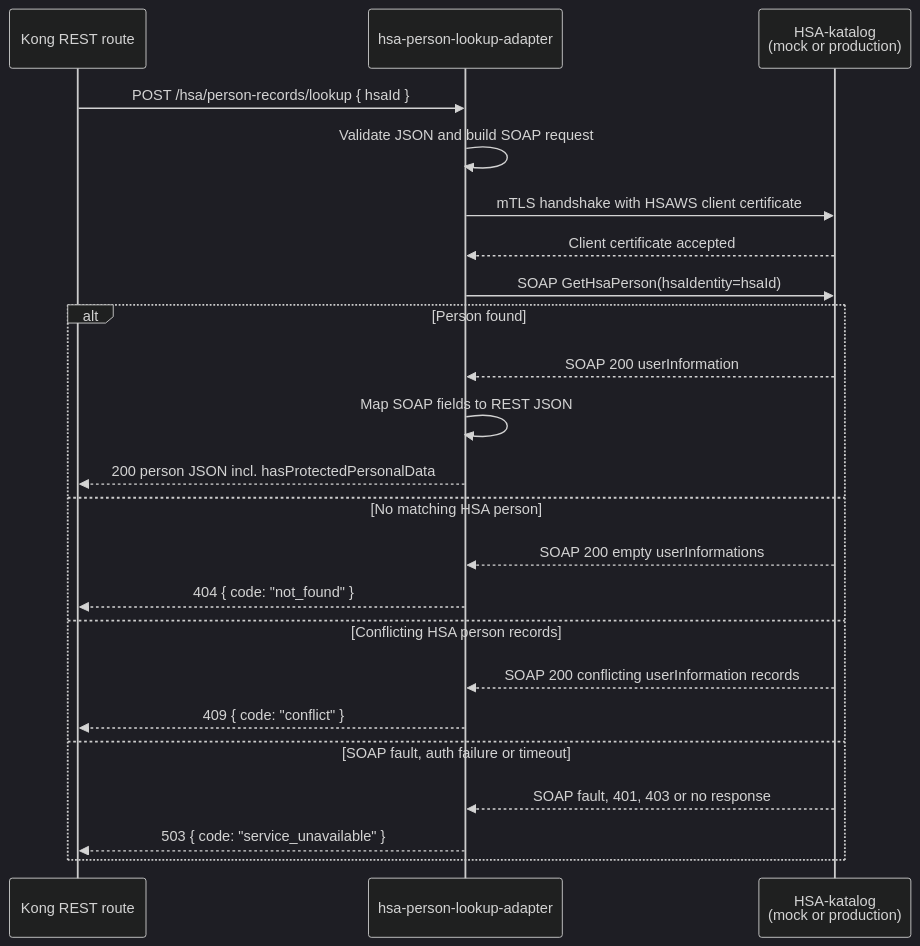
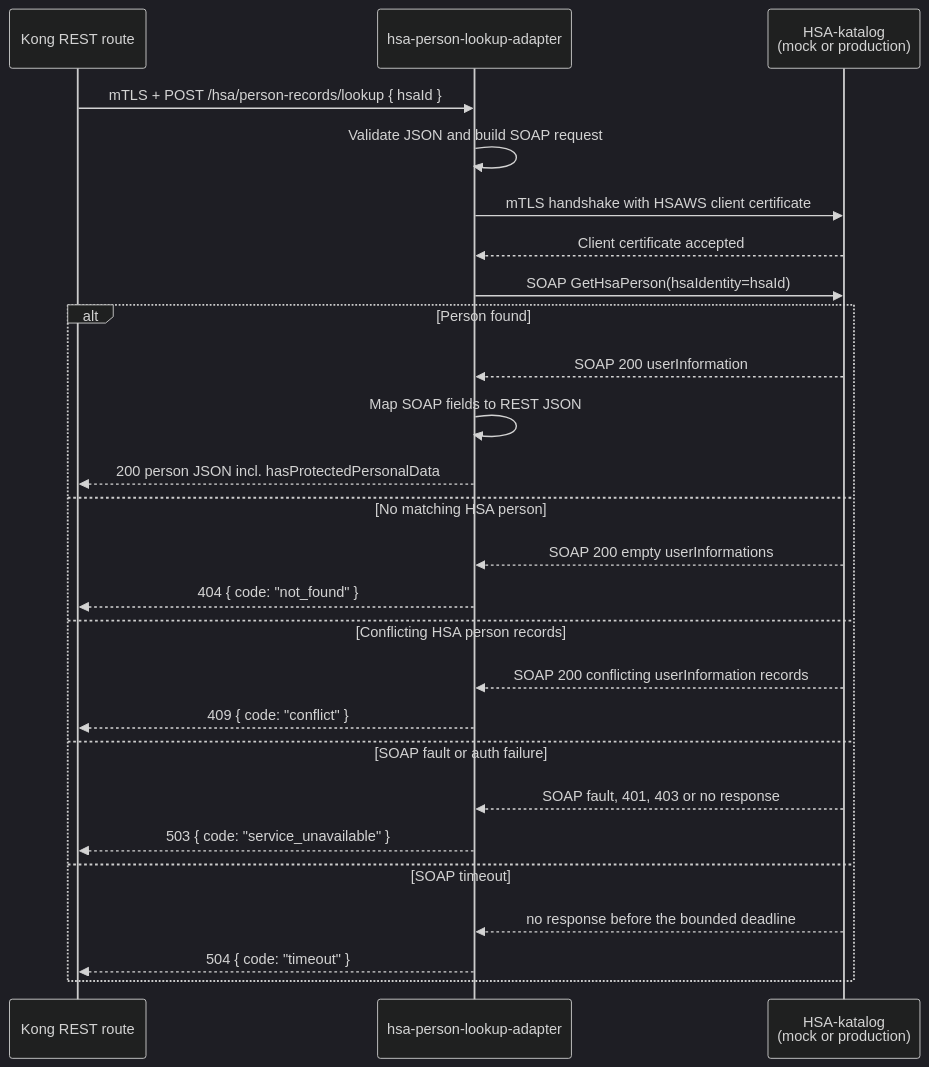
The second of 3 diagrams in docs/integrations/hsa-person-lookup-integration.md (viscalyx/Kravhantering), drawn with Mermaid (dark theme) before and after one commit. The commit also changed other lines of this file and 141 other files, not shown here.

Commit message:
fix: activate strict HSA mTLS topologies (#886)

````diff
--- a/docs/integrations/hsa-person-lookup-integration.md
+++ b/docs/integrations/hsa-person-lookup-integration.md
@@ -204,27 +218,30 @@
 ```mermaid
 sequenceDiagram
     participant Kong as Kong REST route
     participant Adapter as hsa-person-lookup-adapter
     participant HSA as HSA-katalog<br/>(mock or production)
 
-    Kong->>Adapter: POST /hsa/person-records/lookup { hsaId }
+    Kong->>Adapter: mTLS + POST /hsa/person-records/lookup { hsaId }
     Adapter->>Adapter: Validate JSON and build SOAP request
     Adapter->>HSA: mTLS handshake with HSAWS client certificate
     HSA-->>Adapter: Client certificate accepted
     Adapter->>HSA: SOAP GetHsaPerson(hsaIdentity=hsaId)
 
     alt Person found
         HSA-->>Adapter: SOAP 200 userInformation
         Adapter->>Adapter: Map SOAP fields to REST JSON
         Adapter-->>Kong: 200 person JSON incl. hasProtectedPersonalData
     else No matching HSA person
         HSA-->>Adapter: SOAP 200 empty userInformations
         Adapter-->>Kong: 404 { code: "not_found" }
     else Conflicting HSA person records
         HSA-->>Adapter: SOAP 200 conflicting userInformation records
         Adapter-->>Kong: 409 { code: "conflict" }
-    else SOAP fault, auth failure or timeout
+    else SOAP fault or auth failure
         HSA-->>Adapter: SOAP fault, 401, 403 or no response
         Adapter-->>Kong: 503 { code: "service_unavailable" }
+    else SOAP timeout
+        HSA-->>Adapter: no response before the bounded deadline
+        Adapter-->>Kong: 504 { code: "timeout" }
     end
 ```
````
